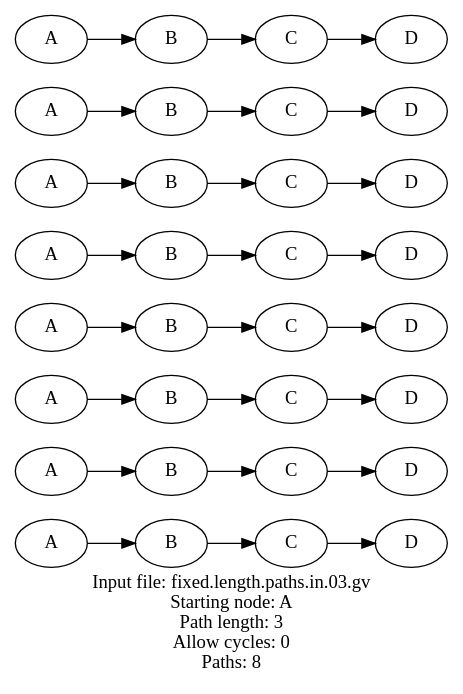
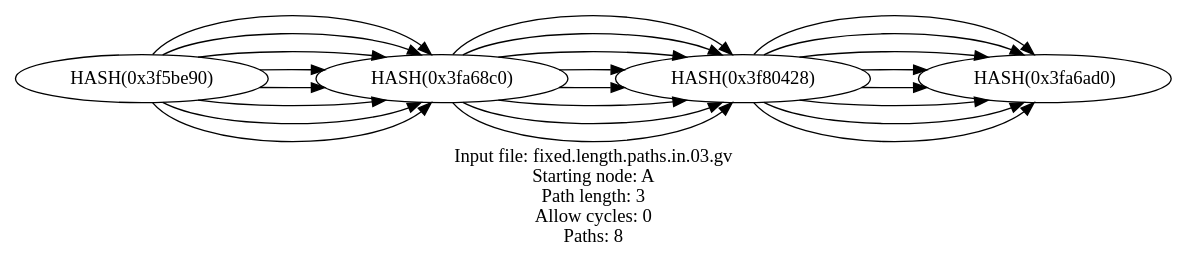
Before and after one commit to graphviz-perl/GraphViz2-Marpa-PathUtils: the diagram in out/fixed.length.paths.out.03.gv, drawn with Graphviz. The commit also changed 13 other files, not shown here.

```diff
--- a/out/fixed.length.paths.out.03.gv
+++ b/out/fixed.length.paths.out.03.gv
@@ -1,46 +1,46 @@
 digraph fixed_length_paths
 {
 	label = "Input file: fixed.length.paths.in.03.gv\nStarting node: A\nPath length: 3\nAllow cycles: 0\nPaths: 8" rankdir = LR
 
-	"1" [label = "A"]
-	"2" [label = "B"]
-	"3" [label = "C"]
-	"4" [label = "D"]
-	"5" [label = "A"]
-	"6" [label = "B"]
-	"7" [label = "C"]
-	"8" [label = "D"]
-	"9" [label = "A"]
-	"10" [label = "B"]
-	"11" [label = "C"]
-	"12" [label = "D"]
-	"13" [label = "A"]
-	"14" [label = "B"]
-	"15" [label = "C"]
-	"16" [label = "D"]
-	"17" [label = "A"]
-	"18" [label = "B"]
-	"19" [label = "C"]
-	"20" [label = "D"]
-	"21" [label = "A"]
-	"22" [label = "B"]
-	"23" [label = "C"]
-	"24" [label = "D"]
-	"25" [label = "A"]
-	"26" [label = "B"]
-	"27" [label = "C"]
-	"28" [label = "D"]
-	"29" [label = "A"]
-	"30" [label = "B"]
-	"31" [label = "C"]
-	"32" [label = "D"]
+	"A" [label = "HASH(0x405c2b8)"]
+	"B" [label = "HASH(0x420cad0)"]
+	"C" [label = "HASH(0x3fbfb20)"]
+	"D" [label = "HASH(0x4034840)"]
+	"A" [label = "HASH(0x4010138)"]
+	"B" [label = "HASH(0x41c9870)"]
+	"C" [label = "HASH(0x41c8e28)"]
+	"D" [label = "HASH(0x41728b0)"]
+	"A" [label = "HASH(0x4033c20)"]
+	"B" [label = "HASH(0x3fcb9e0)"]
+	"C" [label = "HASH(0x3ff6de8)"]
+	"D" [label = "HASH(0x40012e8)"]
+	"A" [label = "HASH(0x3f7fd80)"]
+	"B" [label = "HASH(0x4034d08)"]
+	"C" [label = "HASH(0x3fc8710)"]
+	"D" [label = "HASH(0x3faaf98)"]
+	"A" [label = "HASH(0x3faae00)"]
+	"B" [label = "HASH(0x3f61d90)"]
+	"C" [label = "HASH(0x401ca00)"]
+	"D" [label = "HASH(0x3fcb5c0)"]
+	"A" [label = "HASH(0x3ff6b90)"]
+	"B" [label = "HASH(0x3f5e720)"]
+	"C" [label = "HASH(0x401ca30)"]
+	"D" [label = "HASH(0x3ebbd48)"]
+	"A" [label = "HASH(0x3fcbf50)"]
+	"B" [label = "HASH(0x3fa6bc0)"]
+	"C" [label = "HASH(0x3ec11c0)"]
+	"D" [label = "HASH(0x3f482d0)"]
+	"A" [label = "HASH(0x3f5be90)"]
+	"B" [label = "HASH(0x3fa68c0)"]
+	"C" [label = "HASH(0x3f80428)"]
+	"D" [label = "HASH(0x3fa6ad0)"]
 
-	"1"  ->  "2"  ->  "3"  ->  "4"
-	"5"  ->  "6"  ->  "7"  ->  "8"
-	"9"  ->  "10"  ->  "11"  ->  "12"
-	"13"  ->  "14"  ->  "15"  ->  "16"
-	"17"  ->  "18"  ->  "19"  ->  "20"
-	"21"  ->  "22"  ->  "23"  ->  "24"
-	"25"  ->  "26"  ->  "27"  ->  "28"
-	"29"  ->  "30"  ->  "31"  ->  "32"
+	"A"  ->  "B"  ->  "C"  ->  "D"
+	"A"  ->  "B"  ->  "C"  ->  "D"
+	"A"  ->  "B"  ->  "C"  ->  "D"
+	"A"  ->  "B"  ->  "C"  ->  "D"
+	"A"  ->  "B"  ->  "C"  ->  "D"
+	"A"  ->  "B"  ->  "C"  ->  "D"
+	"A"  ->  "B"  ->  "C"  ->  "D"
+	"A"  ->  "B"  ->  "C"  ->  "D"
 }
```
